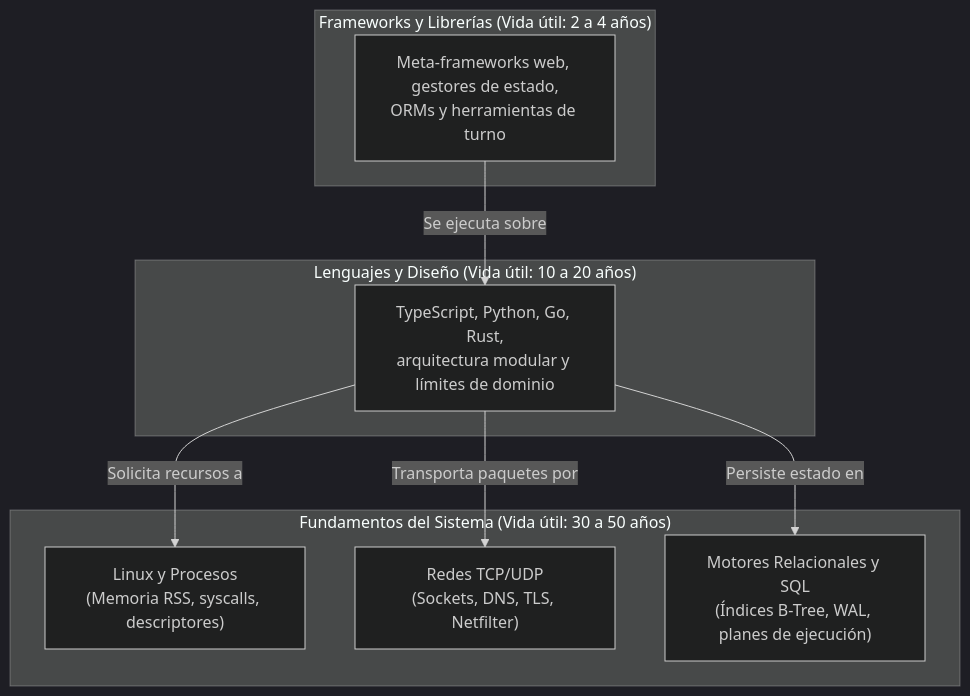
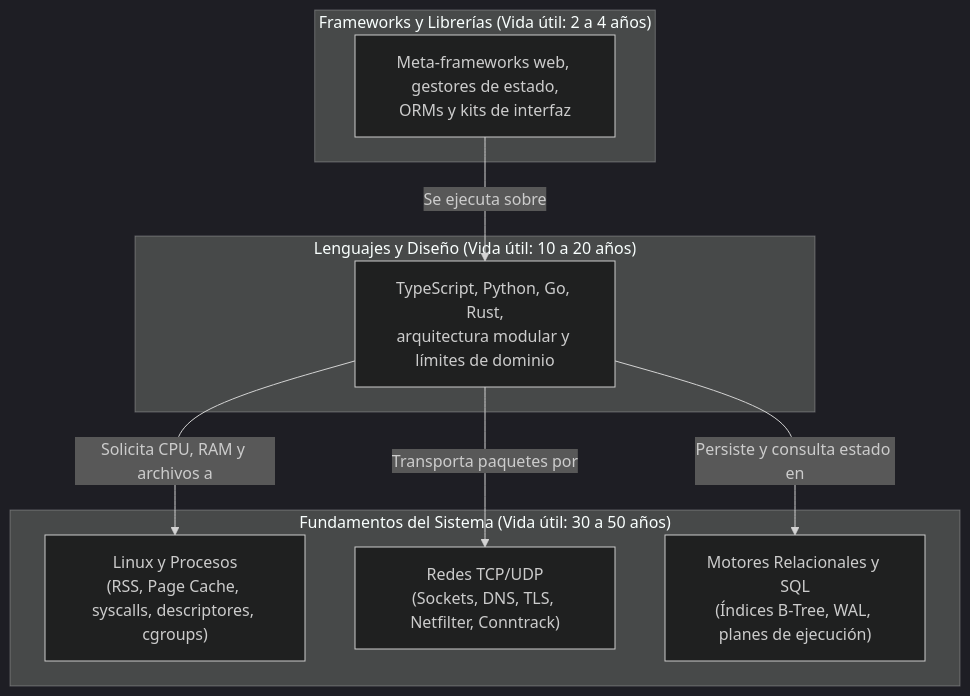
One commit to JorgeDoicela/jorge_doicela changed the first of 3 diagrams in frontend/web/src/app/(doiceladev)/entities/blog/drafts/es.fundamentos-linux-redes-sql-sobre-frameworks.md. Above: the diagram before and after it, drawn with Mermaid (dark theme). The commit also changed other lines of this file and 16 other files, not shown here.

````diff
--- a/frontend/web/src/app/(doiceladev)/entities/blog/drafts/es.fundamentos-linux-redes-sql-sobre-frameworks.md
+++ b/frontend/web/src/app/(doiceladev)/entities/blog/drafts/es.fundamentos-linux-redes-sql-sobre-frameworks.md
@@ -11,21 +26,21 @@
 ```mermaid
 flowchart TB
     subgraph CapaEfimera ["Frameworks y Librerías (Vida útil: 2 a 4 años)"]
-        FW["Meta-frameworks web, gestores de estado,\nORMs y herramientas de turno"]
+        FW["Meta-frameworks web, gestores de estado,\nORMs y kits de interfaz"]
     end
 
     subgraph CapaMedia ["Lenguajes y Diseño (Vida útil: 10 a 20 años)"]
         Lang["TypeScript, Python, Go, Rust,\narquitectura modular y límites de dominio"]
     end
 
     subgraph Cimientos ["Fundamentos del Sistema (Vida útil: 30 a 50 años)"]
-        OS["Linux y Procesos\n(Memoria RSS, syscalls, descriptores)"]
-        Net["Redes TCP/UDP\n(Sockets, DNS, TLS, Netfilter)"]
+        OS["Linux y Procesos\n(RSS, Page Cache, syscalls, descriptores, cgroups)"]
+        Net["Redes TCP/UDP\n(Sockets, DNS, TLS, Netfilter, Conntrack)"]
         DB["Motores Relacionales y SQL\n(Índices B-Tree, WAL, planes de ejecución)"]
     end
 
     FW -->|"Se ejecuta sobre"| Lang
-    Lang -->|"Solicita recursos a"| OS
+    Lang -->|"Solicita CPU, RAM y archivos a"| OS
     Lang -->|"Transporta paquetes por"| Net
-    Lang -->|"Persiste estado en"| DB
+    Lang -->|"Persiste y consulta estado en"| DB
 ```
````
